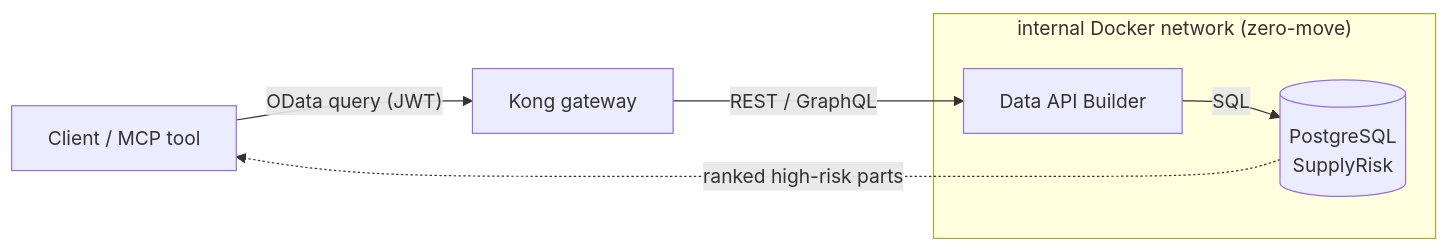
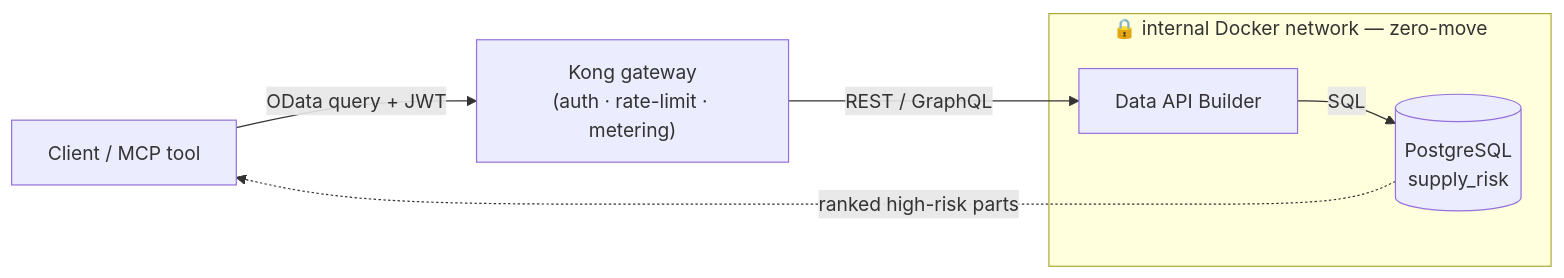
One commit to fgarofalo56/nasa-api-first-poc changed the third of 3 diagrams in data/README.md. Above: the diagram before and after it, drawn with Mermaid. The commit also changed other lines of this file and 40 other files, not shown here.

````diff
--- a/data/README.md
+++ b/data/README.md
@@ -47,11 +296,11 @@
 ```mermaid
 flowchart LR
-    C["Client / MCP tool"] -->|"OData query (JWT)"| K["Kong gateway"]
+    C["Client / MCP tool"] -->|"OData query + JWT"| K["Kong gateway<br/>(auth · rate-limit · metering)"]
     K -->|"REST / GraphQL"| D["Data API Builder"]
-    D -->|"SQL"| P[("PostgreSQL<br/>SupplyRisk")]
+    D -->|"SQL"| P[("PostgreSQL<br/>supply_risk")]
     P -.->|"ranked high-risk parts"| C
-    subgraph internal["internal Docker network (zero-move)"]
+    subgraph internal["🔒 internal Docker network — zero-move"]
         D
         P
     end
 ```
````
